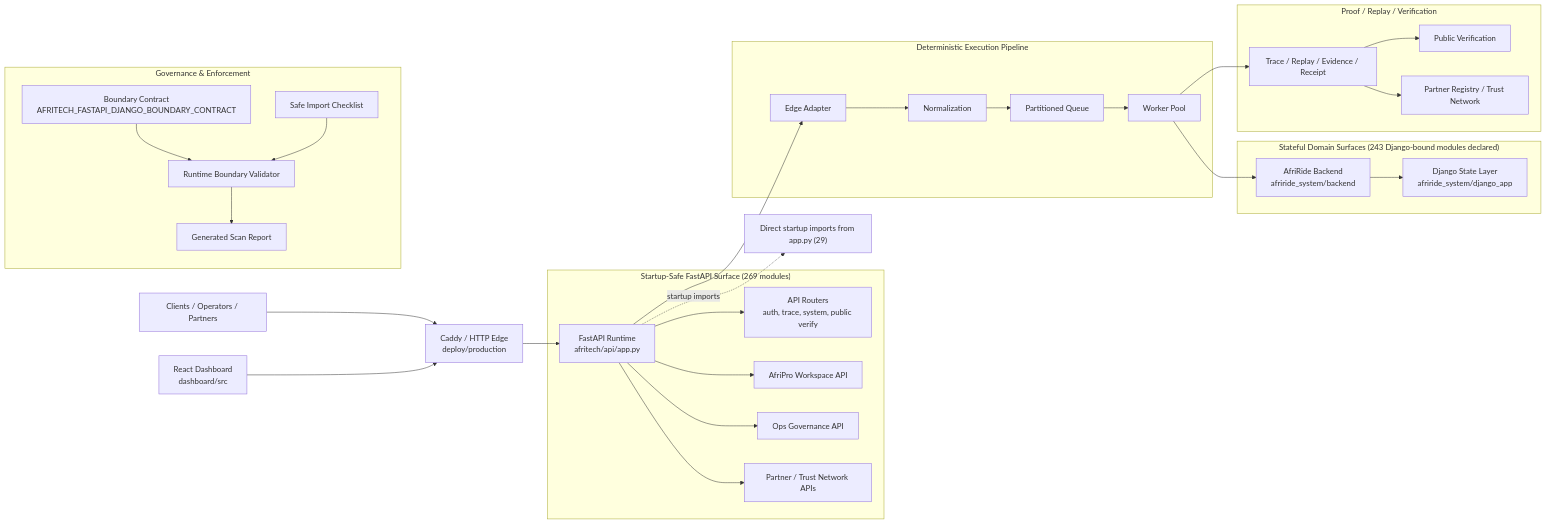
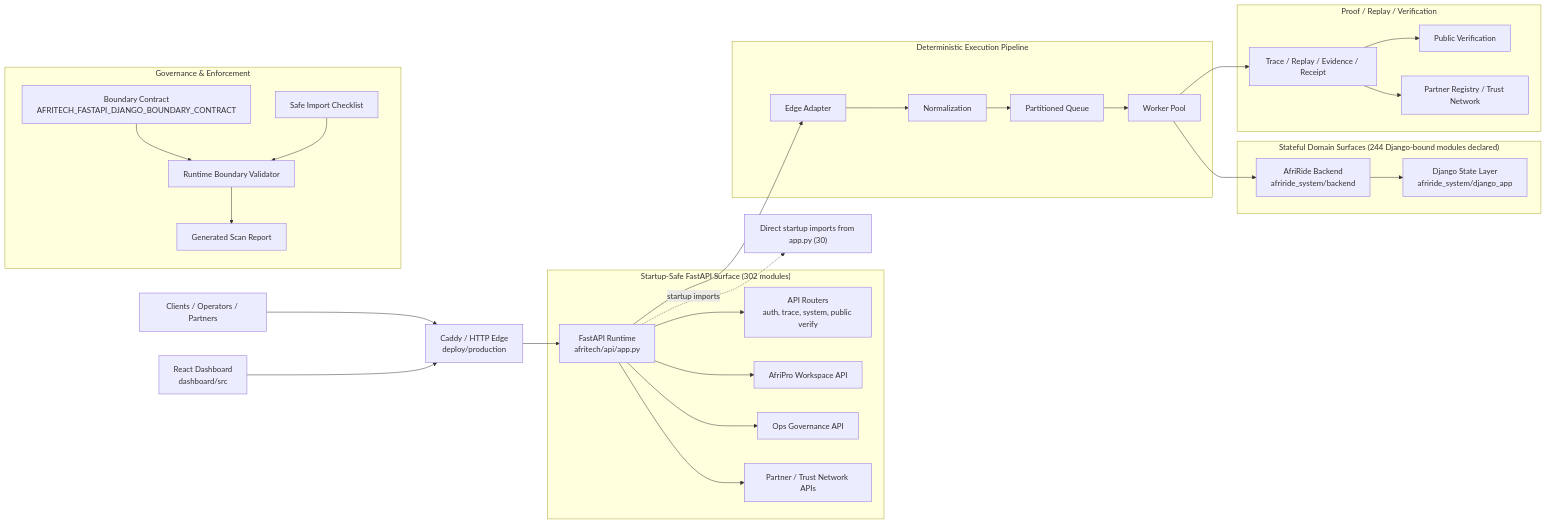
One commit to Strelly2023/afritelematics changed the first of 2 diagrams in docs/architecture/AFRITECH_FULL_ARCHITECTURE_GRAPH.md. Above: the diagram before and after it, drawn with Mermaid. The commit also changed other lines of this file and 54 other files, not shown here.

````diff
--- a/docs/architecture/AFRITECH_FULL_ARCHITECTURE_GRAPH.md
+++ b/docs/architecture/AFRITECH_FULL_ARCHITECTURE_GRAPH.md
@@ -22,39 +22,39 @@
 ```mermaid
 flowchart LR
     Client["Clients / Operators / Partners"] --> Edge["Caddy / HTTP Edge\ndeploy/production"]
     Dashboard["React Dashboard\ndashboard/src"] --> Edge
     Edge --> App["FastAPI Runtime\nafritech/api/app.py"]
 
-    subgraph FastAPI["Startup-Safe FastAPI Surface (269 modules)"]
+    subgraph FastAPI["Startup-Safe FastAPI Surface (302 modules)"]
         App --> Api["API Routers\nauth, trace, system, public verify"]
         App --> Workspace["AfriPro Workspace API"]
         App --> Governance["Ops Governance API"]
         App --> Trust["Partner / Trust Network APIs"]
     end
 
     subgraph Pipeline["Deterministic Execution Pipeline"]
         App --> Adapt["Edge Adapter"]
         Adapt --> Normalize["Normalization"]
         Normalize --> Queue["Partitioned Queue"]
         Queue --> Worker["Worker Pool"]
     end
 
-    subgraph State["Stateful Domain Surfaces (243 Django-bound modules declared)"]
+    subgraph State["Stateful Domain Surfaces (244 Django-bound modules declared)"]
         Worker --> Domain["AfriRide Backend\nafriride_system/backend"]
         Domain --> Django["Django State Layer\nafriride_system/django_app"]
     end
 
     subgraph Proof["Proof / Replay / Verification"]
         Worker --> Trace["Trace / Replay / Evidence / Receipt"]
         Trace --> Public["Public Verification"]
         Trace --> Registry["Partner Registry / Trust Network"]
     end
 
     subgraph GovernancePlane["Governance & Enforcement"]
         Contract["Boundary Contract\nAFRITECH_FASTAPI_DJANGO_BOUNDARY_CONTRACT"] --> Validator["Runtime Boundary Validator"]
         Checklist["Safe Import Checklist"] --> Validator
         Validator --> Review["Generated Scan Report"]
     end
 
-    App -. startup imports .-> Imports["Direct startup imports from app.py (29)"]
+    App -. startup imports .-> Imports["Direct startup imports from app.py (30)"]
 ```
````
